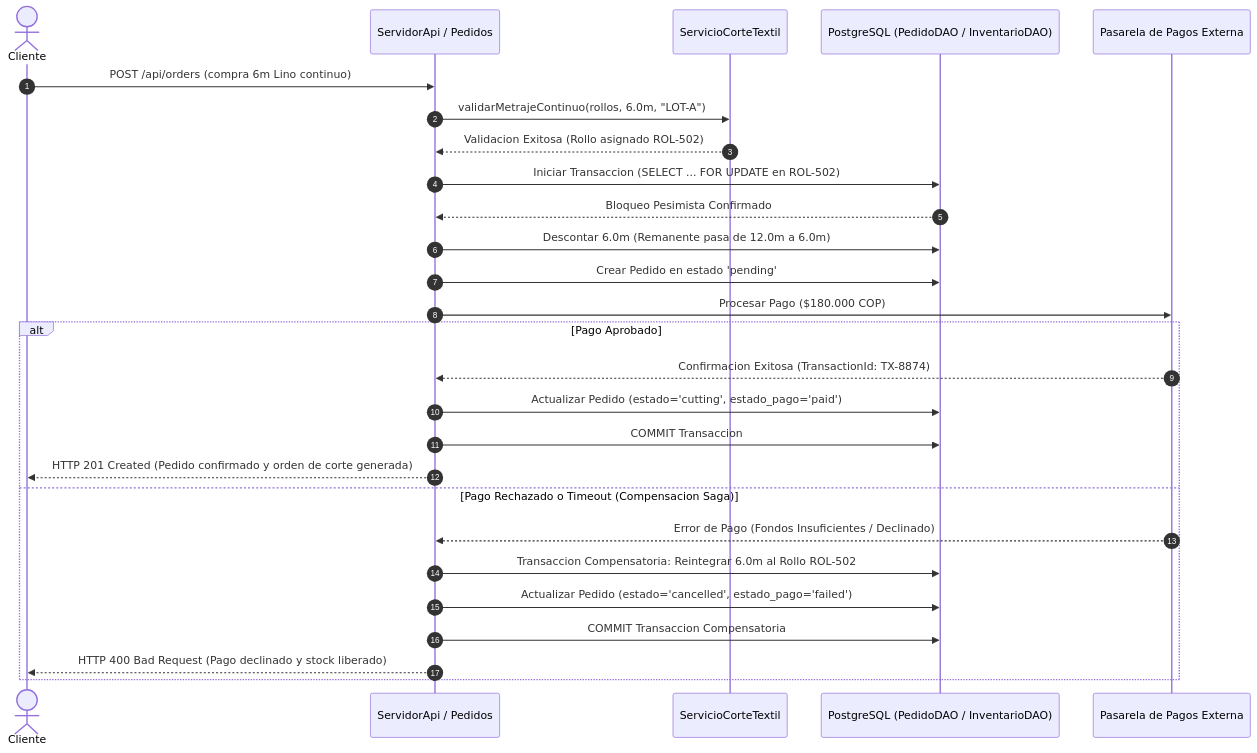
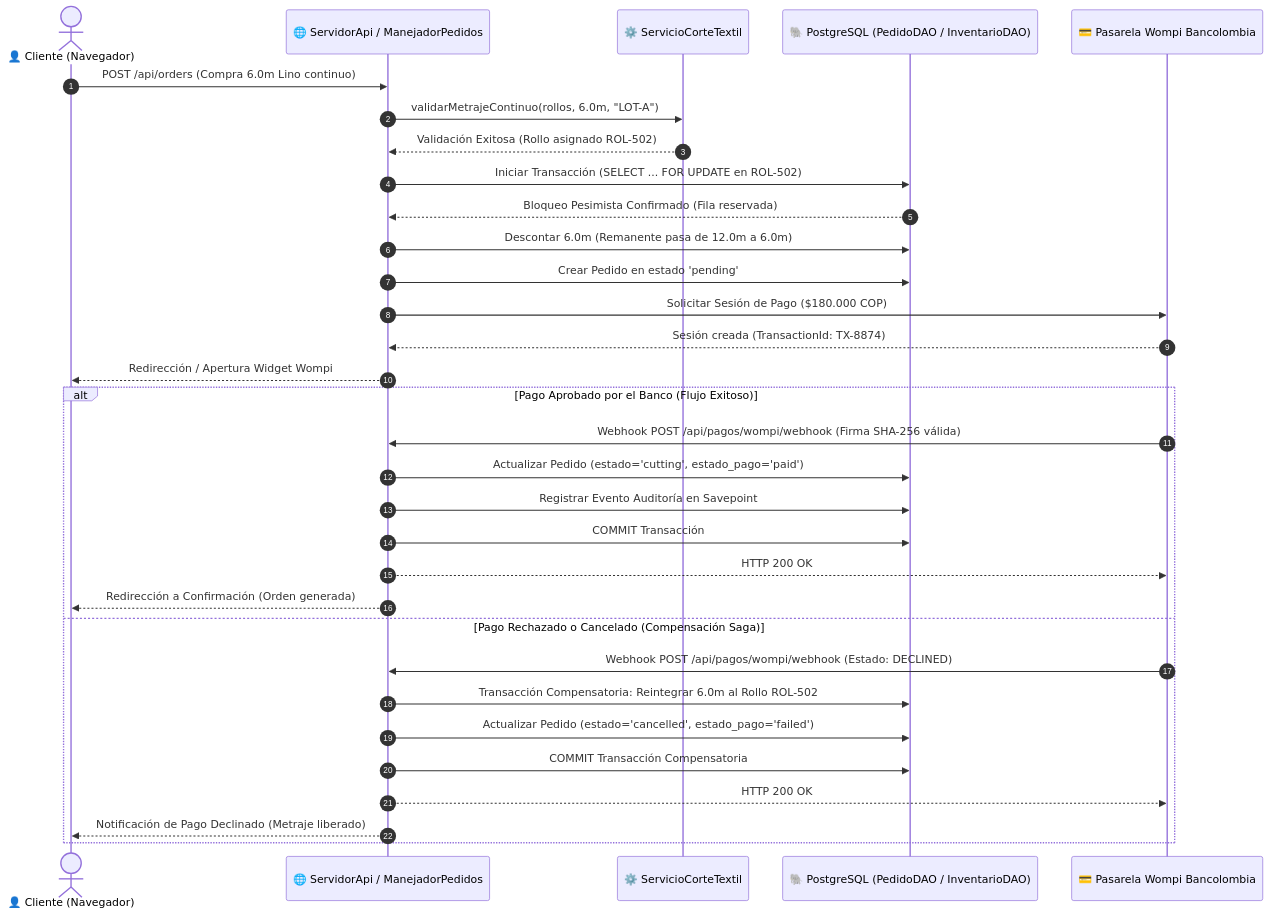
Before and after one commit to DAVIDVLEZ-DEVELOPER/PROYECTO-SENA-TIENDA-TEXTIL: the fourth of 4 diagrams in documentacion/02-arquitectura-software-c4-y-backend.md, drawn with Mermaid. The commit also changed other lines of this file and 5 other files, not shown here.

First line of the commit message:
docs: reorganizaciÃ³n y estructuraciÃ³n visual de diagramas de arquitectura

````diff
--- a/documentacion/02-arquitectura-software-c4-y-backend.md
+++ b/documentacion/02-arquitectura-software-c4-y-backend.md
@@ -246,33 +319,38 @@
 ```mermaid
 sequenceDiagram
     autonumber
-    actor Cliente
-    participant Gateway as ServidorApi / Pedidos
-    participant Motor as ServicioCorteTextil
-    participant DB as PostgreSQL (PedidoDAO / InventarioDAO)
-    participant Pasarela as Pasarela de Pagos Externa
+    actor Cliente as 👤 Cliente (Navegador)
+    participant Gateway as 🌐 ServidorApi / ManejadorPedidos
+    participant Motor as ⚙️ ServicioCorteTextil
+    participant DB as 🐘 PostgreSQL (PedidoDAO / InventarioDAO)
+    participant Pasarela as 💳 Pasarela Wompi Bancolombia
 
-    Cliente->>Gateway: POST /api/orders (compra 6m Lino continuo)
+    Cliente->>Gateway: POST /api/orders (Compra 6.0m Lino continuo)
     Gateway->>Motor: validarMetrajeContinuo(rollos, 6.0m, "LOT-A")
-    Motor-->>Gateway: Validacion Exitosa (Rollo asignado ROL-502)
+    Motor-->>Gateway: Validación Exitosa (Rollo asignado ROL-502)
     
-    Gateway->>DB: Iniciar Transaccion (SELECT ... FOR UPDATE en ROL-502)
-    DB-->>Gateway: Bloqueo Pesimista Confirmado
+    Gateway->>DB: Iniciar Transacción (SELECT ... FOR UPDATE en ROL-502)
+    DB-->>Gateway: Bloqueo Pesimista Confirmado (Fila reservada)
     Gateway->>DB: Descontar 6.0m (Remanente pasa de 12.0m a 6.0m)
     Gateway->>DB: Crear Pedido en estado 'pending'
     
-    Gateway->>Pasarela: Procesar Pago ($180.000 COP)
+    Gateway->>Pasarela: Solicitar Sesión de Pago ($180.000 COP)
+    Pasarela-->>Gateway: Sesión creada (TransactionId: TX-8874)
+    Gateway-->>Cliente: Redirección / Apertura Widget Wompi
     
-    alt Pago Aprobado
-        Pasarela-->>Gateway: Confirmacion Exitosa (TransactionId: TX-8874)
+    alt Pago Aprobado por el Banco (Flujo Exitoso)
+        Pasarela->>Gateway: Webhook POST /api/pagos/wompi/webhook (Firma SHA-256 válida)
         Gateway->>DB: Actualizar Pedido (estado='cutting', estado_pago='paid')
-        Gateway->>DB: COMMIT Transaccion
-        Gateway-->>Cliente: HTTP 201 Created (Pedido confirmado y orden de corte generada)
-    else Pago Rechazado o Timeout (Compensacion Saga)
-        Pasarela-->>Gateway: Error de Pago (Fondos Insuficientes / Declinado)
-        Gateway->>DB: Transaccion Compensatoria: Reintegrar 6.0m al Rollo ROL-502
+        Gateway->>DB: Registrar Evento Auditoría en Savepoint
+        Gateway->>DB: COMMIT Transacción
+        Gateway-->>Pasarela: HTTP 200 OK
+        Gateway-->>Cliente: Redirección a Confirmación (Orden generada)
+    else Pago Rechazado o Cancelado (Compensación Saga)
+        Pasarela->>Gateway: Webhook POST /api/pagos/wompi/webhook (Estado: DECLINED)
+        Gateway->>DB: Transacción Compensatoria: Reintegrar 6.0m al Rollo ROL-502
         Gateway->>DB: Actualizar Pedido (estado='cancelled', estado_pago='failed')
-        Gateway->>DB: COMMIT Transaccion Compensatoria
-        Gateway-->>Cliente: HTTP 400 Bad Request (Pago declinado y stock liberado)
+        Gateway->>DB: COMMIT Transacción Compensatoria
+        Gateway-->>Pasarela: HTTP 200 OK
+        Gateway-->>Cliente: Notificación de Pago Declinado (Metraje liberado)
     end
 ```
````
